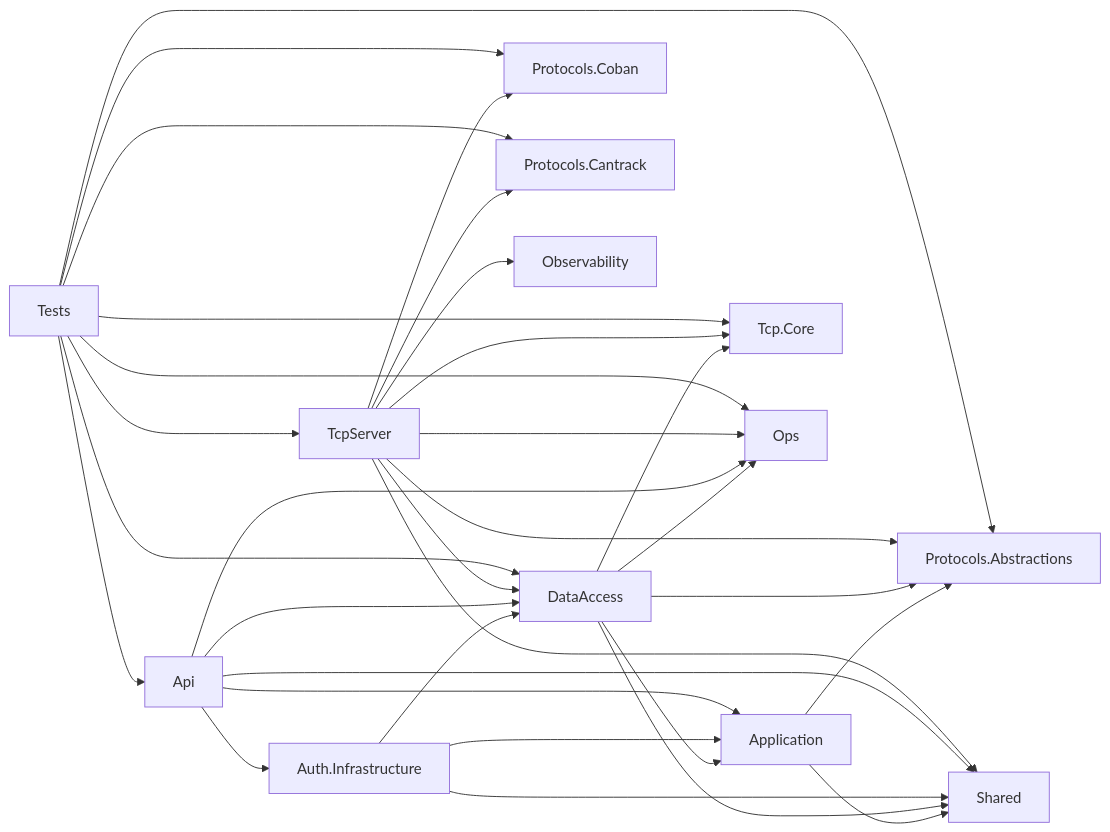
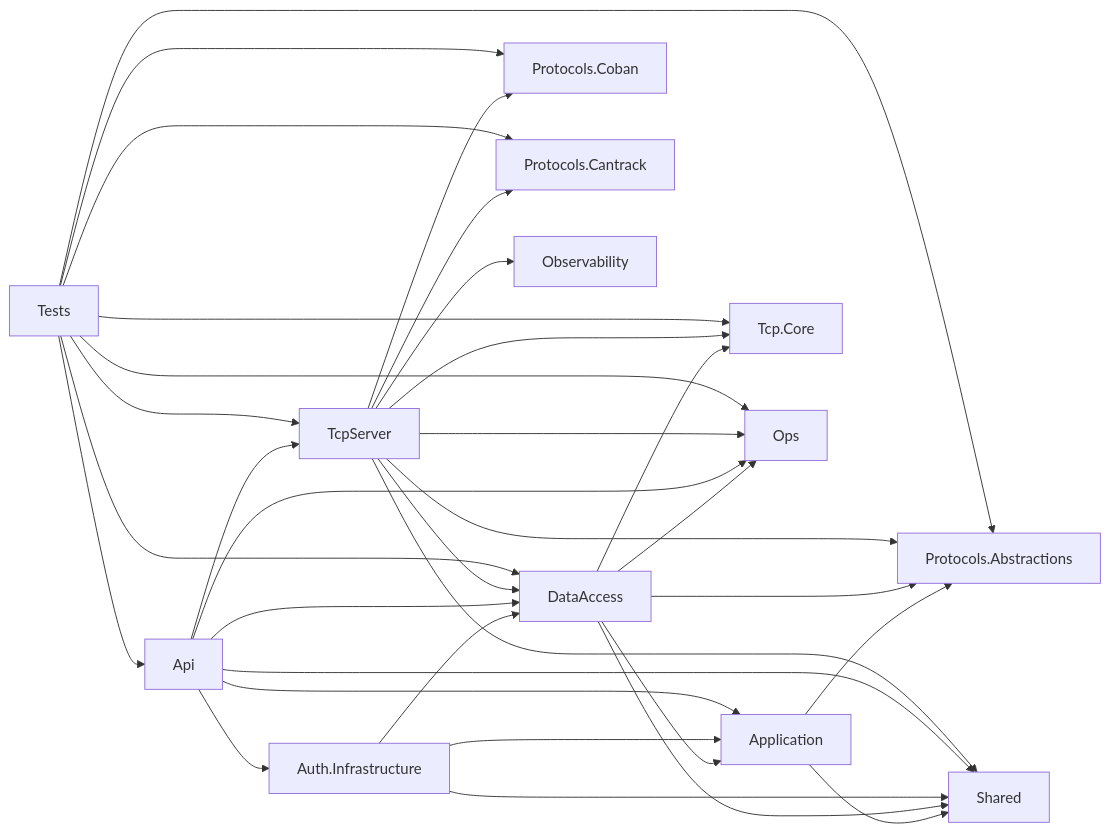
The second of 2 diagrams in README.md (lordimpi/ImpiTraker), drawn with Mermaid before and after one commit. The commit also changed other lines of this file and 30 other files, not shown here.

````diff
--- a/README.md
+++ b/README.md
@@ -91,53 +108,54 @@
 ```mermaid
 graph LR
     PA[Protocols.Abstractions]
     SH[Shared]
     AL[Application]
     DA[DataAccess]
     TC[Tcp.Core]
     PC[Protocols.Coban]
     PCA[Protocols.Cantrack]
     OBS[Observability]
     OPS[Ops]
     AI[Auth.Infrastructure]
     AP[Api]
     TS[TcpServer]
     TST[Tests]
 
     AL --> PA
     AL --> SH
 
     DA --> AL
     DA --> OPS
     DA --> TC
     DA --> PA
     DA --> SH
 
     AI --> DA
     AI --> SH
     AI --> AL
 
     AP --> OPS
     AP --> DA
     AP --> SH
     AP --> AL
     AP --> AI
+    AP --> TS
 
     TS --> TC
     TS --> PA
     TS --> PC
     TS --> PCA
     TS --> OBS
     TS --> OPS
     TS --> DA
     TS --> SH
 
     TST --> TC
     TST --> PA
     TST --> PC
     TST --> PCA
     TST --> OPS
     TST --> DA
     TST --> AP
     TST --> TS
 ```
````
